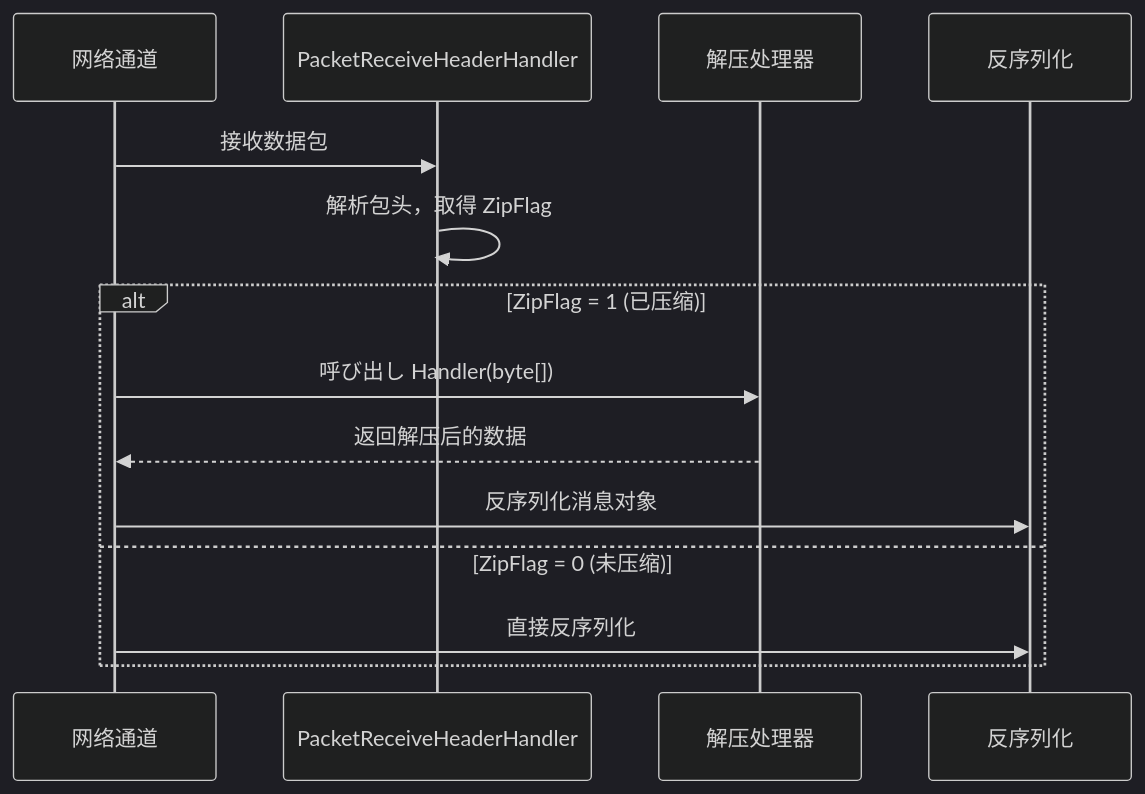
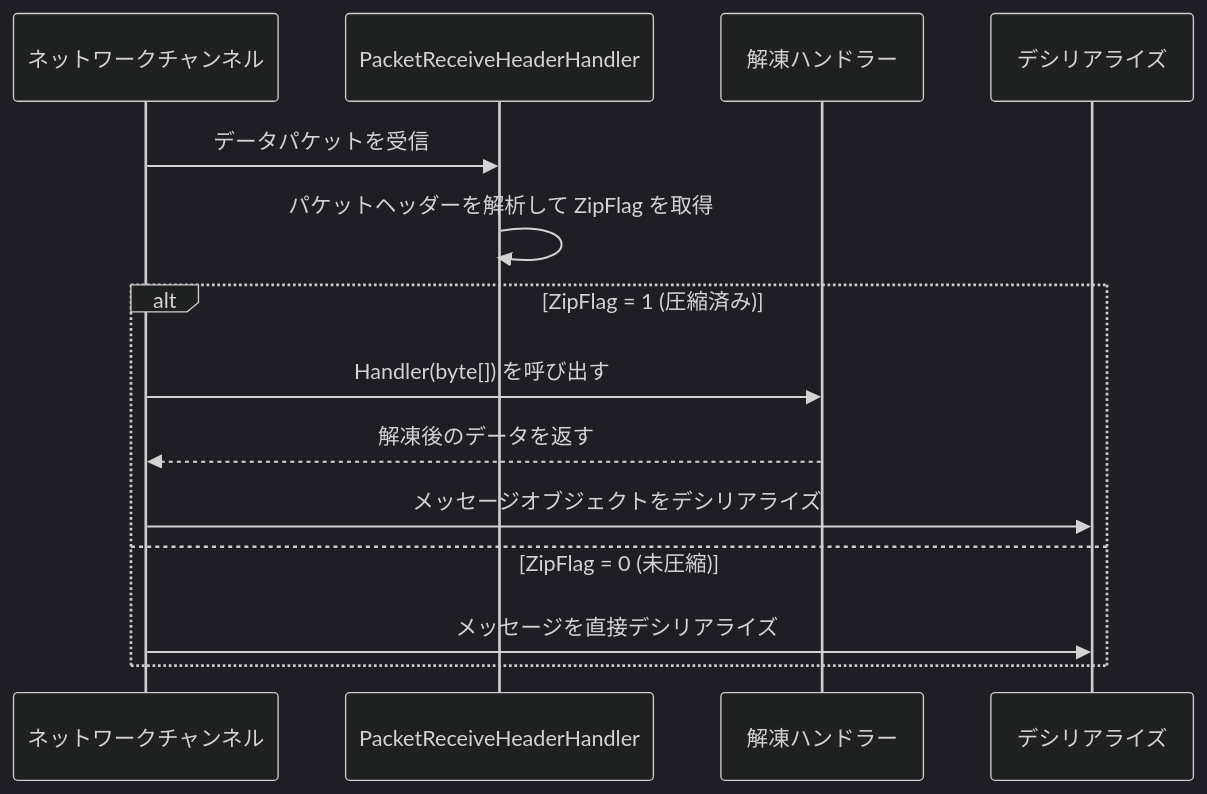
The third of 3 diagrams in docs/ja/client/unity/component/network/10.message-compression.md (AlianBlank/GameFrameX.Docs), drawn with Mermaid (dark theme) before and after one commit. The commit also changed other lines of this file and 320 other files, not shown here.

````diff
--- a/docs/ja/client/unity/component/network/10.message-compression.md
+++ b/docs/ja/client/unity/component/network/10.message-compression.md
@@ -182,18 +182,18 @@
 ```mermaid
 sequenceDiagram
-    participant Network as 网络通道
+    participant Network as ネットワークチャンネル
     participant Header as PacketReceiveHeaderHandler
-    participant Decompress as 解压处理器
-    participant Deserialize as 反序列化
+    participant Decompress as 解凍ハンドラー
+    participant Deserialize as デシリアライズ
 
-    Network->>Header: 接收数据包
-    Header->>Header: 解析包头，取得 ZipFlag
+    Network->>Header: データパケットを受信
+    Header->>Header: パケットヘッダーを解析して ZipFlag を取得
     
-    alt ZipFlag = 1 (已压缩)
-        Network->>Decompress: 呼び出し Handler(byte[])
-        Decompress-->>Network: 返回解压后的数据
-        Network->>Deserialize: 反序列化消息对象
-    else ZipFlag = 0 (未压缩)
-        Network->>Deserialize: 直接反序列化
+    alt ZipFlag = 1 (圧縮済み)
+        Network->>Decompress: Handler(byte[]) を呼び出す
+        Decompress-->>Network: 解凍後のデータを返す
+        Network->>Deserialize: メッセージオブジェクトをデシリアライズ
+    else ZipFlag = 0 (未圧縮)
+        Network->>Deserialize: メッセージを直接デシリアライズ
     end
 ```
````
